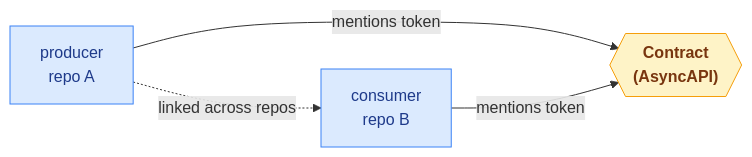
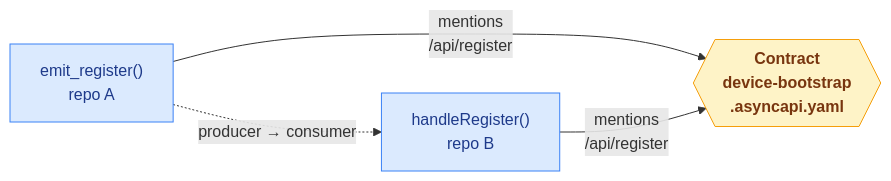
The second of 3 diagrams in README.md (kaleLetendre/codegraph), drawn with Mermaid before and after one commit. The commit also changed other lines of this file, not shown here.

Commit message:
docs(readme): flesh out the contracts architecture — what a contract is, exact requirements (dir naming, *.asyncapi.yaml, AsyncAPI 3.0), the token-extraction + match + direction pipeline, and a concrete diagram

````diff
--- a/README.md
+++ b/README.md
@@ -101,8 +118,8 @@
-  ```mermaid
-  flowchart LR
-    A["producer<br/>repo A"]:::r -- mentions token --> C{{"Contract<br/>(AsyncAPI)"}}:::c
-    B["consumer<br/>repo B"]:::r -- mentions token --> C
-    A -. linked across repos .-> B
-    classDef r fill:#dbeafe,stroke:#3b82f6,color:#1e3a8a
-    classDef c fill:#fef3c7,stroke:#f59e0b,color:#78350f,font-weight:bold
-  ```
+```mermaid
+flowchart LR
+  A["emit_register()<br/>repo A"]:::r -- mentions<br/>/api/register --> C{{"Contract<br/>device-bootstrap<br/>.asyncapi.yaml"}}:::c
+  B["handleRegister()<br/>repo B"]:::r -- mentions<br/>/api/register --> C
+  A -. producer → consumer .-> B
+  classDef r fill:#dbeafe,stroke:#3b82f6,color:#1e3a8a
+  classDef c fill:#fef3c7,stroke:#f59e0b,color:#78350f,font-weight:bold
+```
````
